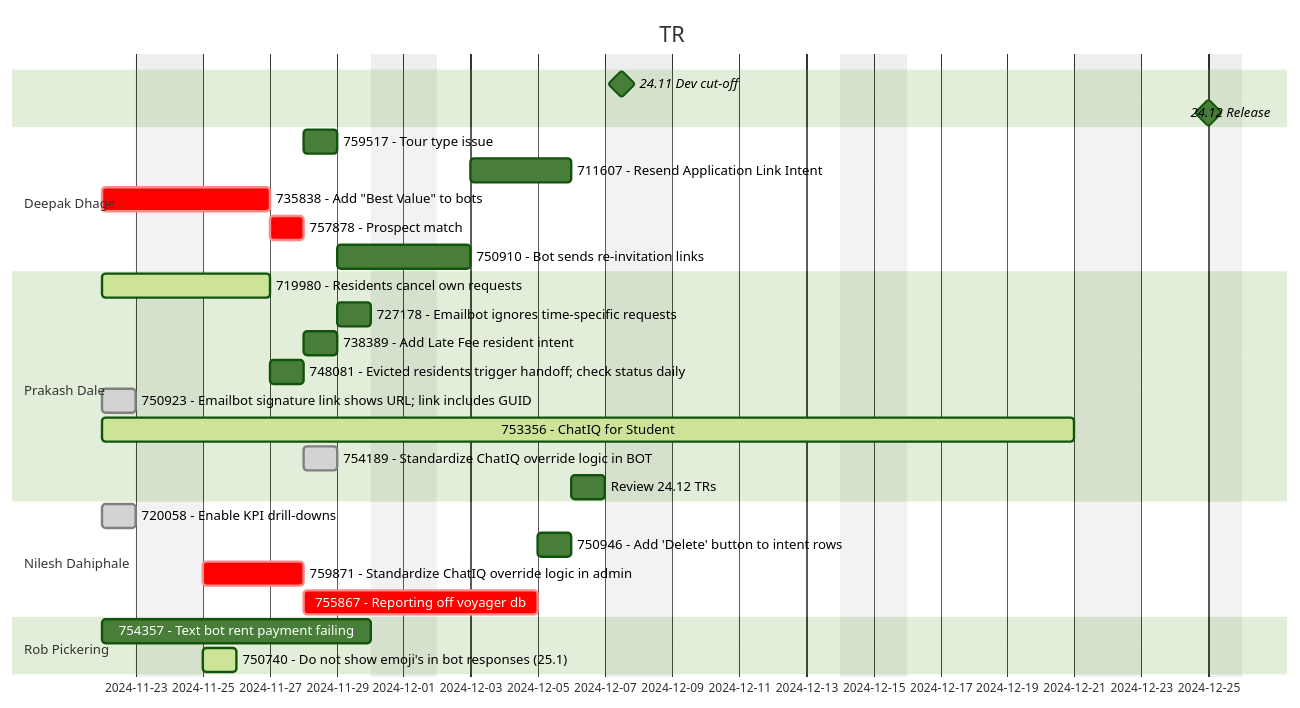
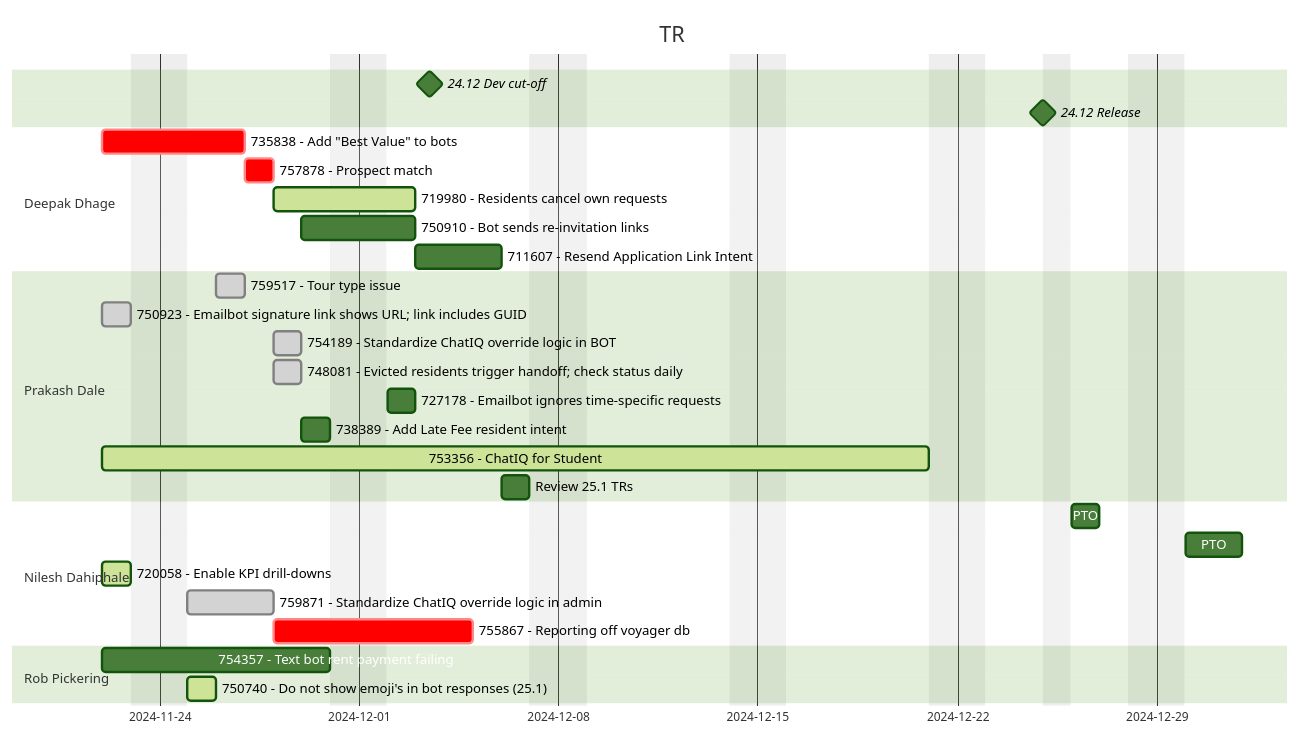
One commit to prakash-dale/prakash-dale.github.io changed the first of 3 diagrams in README.md. Above: the diagram before and after it, drawn with Mermaid (forest theme). The commit also changed other lines of this file and 2 other files, not shown here.

Commit message:
* feat(README.md): update gantt chart for upcoming tasks and sections * fix(README.md): correct task dependencies and dates in gantt chart * feat(my-day.md): add journey for current and previous days * feat(training/on-boarding.md): add confirmation process table

````diff
--- a/README.md
+++ b/README.md
@@ -5,32 +5,36 @@
 ```mermaid
 gantt
     title TR
     dateFormat MMM-DD
     tickInterval 1d
     excludes weekends, 2024-12-25
-    24.11 Dev cut-off: milestone, 24.11 Dev cut-off, Dec-06, 1d
+    24.12 Dev cut-off: milestone, 24.12Dev, Dec-03, 1d
     24.12 Release: milestone, 24.12 Release, Dec-24, 1d    
-    section Deepak Dhage
-        759517 - Tour type issue                                            : 759517, after 757878, 1d       
-        711607 - Resend Application Link Intent                             : 711607, after 750910, 3d
+    section Deepak Dhage        
+        
         735838 - Add "Best Value" to bots                                   : crit, 735838, Nov-22, 3d
         757878 - Prospect match                                             : crit, 757878, after 735838, 1d
-        750910 - Bot sends re-invitation links                              : 750910, after 759517, 2d        
+        719980 - Residents cancel own requests                              : active, 719980, after 757878, 3d
+        750910 - Bot sends re-invitation links                              : 750910, after 24.1Dev, 2d
+        711607 - Resend Application Link Intent                             : 711607, after 750910, 3d        
+        
     section Prakash Dale
-        719980 - Residents cancel own requests                              : active, 719980, Nov-22, 3d
+        759517 - Tour type issue                                            : done, 759517, Nov-26, 1d        
+        750923 - Emailbot signature link shows URL; link includes GUID      : done, 750923, Nov-22, 1d
+        754189 - Standardize ChatIQ override logic in BOT                   : done, after 759871, 1d
+        748081 - Evicted residents trigger handoff; check status daily      : done, 748081, Nov-28, 1d
         727178 - Emailbot ignores time-specific requests                    : 717178, after 738389, 1d
         738389 - Add Late Fee resident intent                               : 738389, after 748081, 1d
-        748081 - Evicted residents trigger handoff; check status daily      : 748081, after 719980, 1d
-        750923 - Emailbot signature link shows URL; link includes GUID      : done, 750923, Nov-22, 1d
         753356 - ChatIQ for Student                                         : active, 753356, Nov-22, 21d
-        754189 - Standardize ChatIQ override logic in BOT                   : done, after 759871, 1d
-        Review 24.12 TRs                                                    : 24.11Dev, Dec-06, 1d
-    section Nilesh Dahiphale
-        720058 - Enable KPI drill-downs                                     : done, 720058, Nov-22, 1d
-        750946 - Add 'Delete' button to intent rows                         : 750946, after 755867, 1d
-        759871 - Standardize ChatIQ override logic in admin                 : crit, 759871, after 720058, 3d
+        
+        Review 25.1 TRs                                                    : 24.12Dev, Dec-06, 1d
+    section Nilesh Dahiphale        
+        PTO                                                                 : PTO1, Dec-26, 1d
+        PTO                                                                 : PTO1, Dec-30, 2d
+        720058 - Enable KPI drill-downs                                     : active, 720058, Nov-22, 1d        
+        759871 - Standardize ChatIQ override logic in admin                 : done, 759871, after 720058, 3d
         755867 - Reporting off voyager db                                   : crit, 755867, after 759871, 5d
     section Rob Pickering
         754357 - Text bot rent payment failing: 754357, Nov-22, 6d
         750740 - Do not show emoji's in bot responses (25.1)                : active, 750740, Nov-25, 1d
 ```
````
